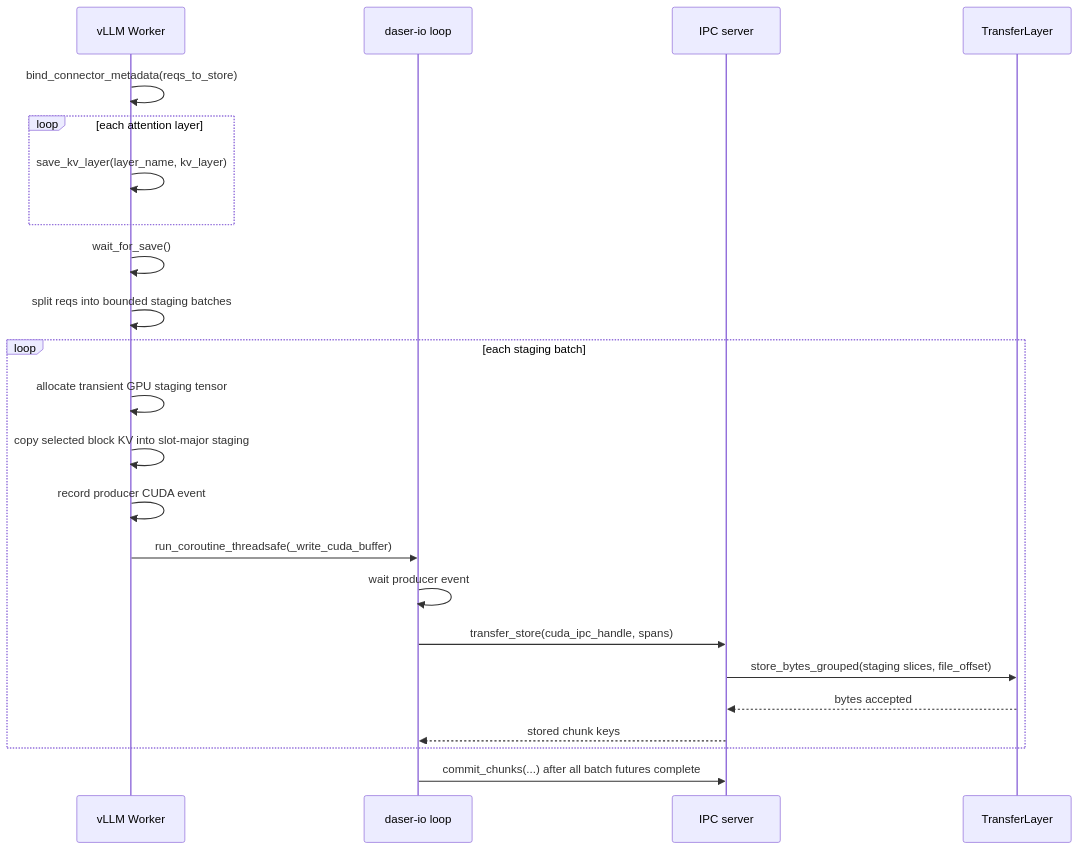
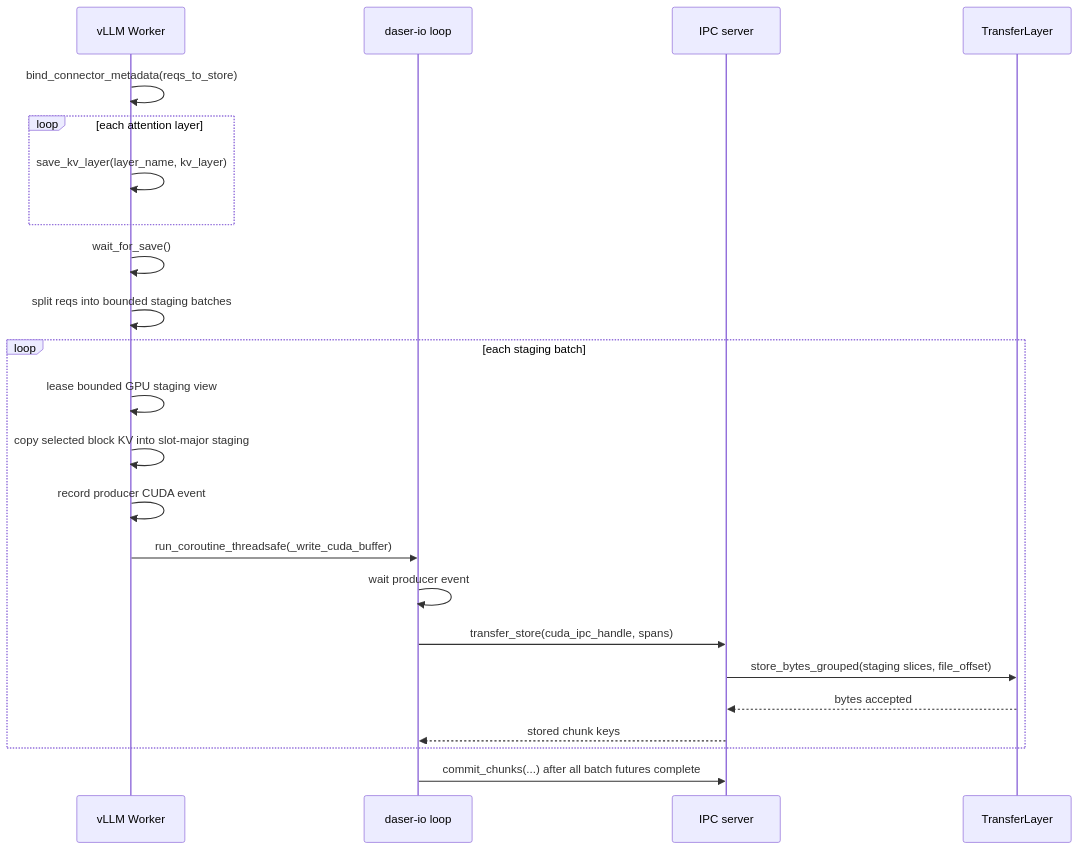
One commit to GentleCold/DaseR changed the fourth of 8 diagrams in docs/design/flows.md. Above: the diagram before and after it, drawn with Mermaid. The commit also changed other lines of this file and 4 other files, not shown here.

````diff
--- a/docs/design/flows.md
+++ b/docs/design/flows.md
@@ -102,26 +102,26 @@
 ```mermaid
 sequenceDiagram
     participant W as vLLM Worker
     participant BG as daser-io loop
     participant IPC as IPC server
     participant TL as TransferLayer
 
     W->>W: bind_connector_metadata(reqs_to_store)
     loop each attention layer
         W->>W: save_kv_layer(layer_name, kv_layer)
     end
     W->>W: wait_for_save()
     W->>W: split reqs into bounded staging batches
     loop each staging batch
-        W->>W: allocate transient GPU staging tensor
+        W->>W: lease bounded GPU staging view
         W->>W: copy selected block KV into slot-major staging
         W->>W: record producer CUDA event
         W->>BG: run_coroutine_threadsafe(_write_cuda_buffer)
         BG->>BG: wait producer event
         BG->>IPC: transfer_store(cuda_ipc_handle, spans)
         IPC->>TL: store_bytes_grouped(staging slices, file_offset)
         TL-->>IPC: bytes accepted
         IPC-->>BG: stored chunk keys
     end
     BG->>IPC: commit_chunks(...) after all batch futures complete
 ```
````
